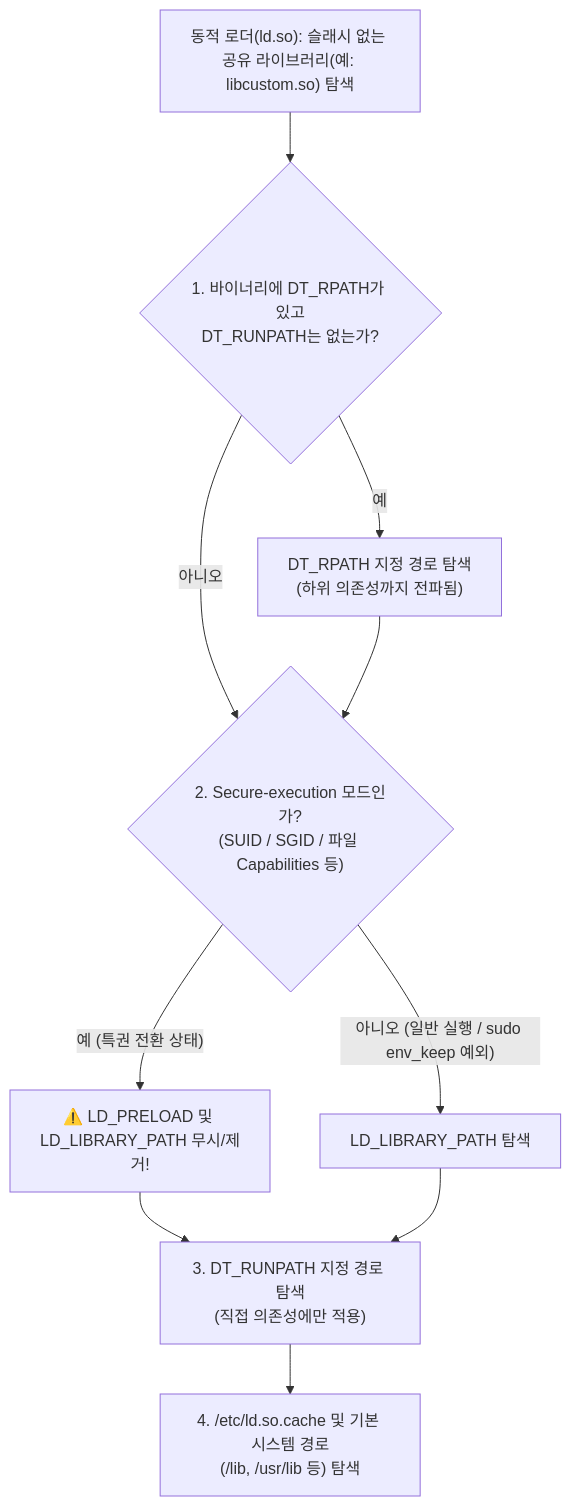
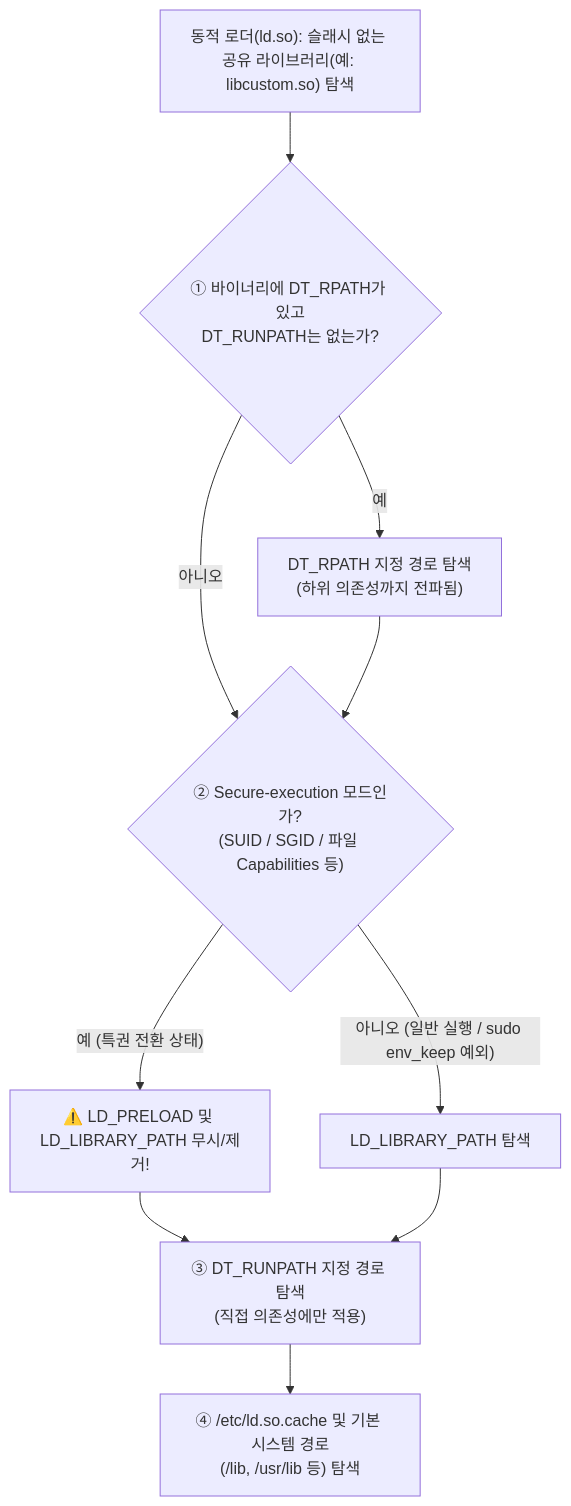
One commit to gooyong-sec/gooyong-sec.github.io changed the third of 3 diagrams in content/모의해킹 기초/Linux 권한상승을 위한 OS 내부구조 — SUID, Capabilities, PATH, cron와 systemd.md. Above: the diagram before and after it, drawn with Mermaid. The commit also changed other lines of this file and 28 other files, not shown here.

First line of the commit message:
fix: eliminate remaining mermaid markdown-list misparse across all diagrams

````diff
--- a/content/모의해킹 기초/Linux 권한상승을 위한 OS 내부구조 — SUID, Capabilities, PATH, cron와 systemd.md
+++ b/content/모의해킹 기초/Linux 권한상승을 위한 OS 내부구조 — SUID, Capabilities, PATH, cron와 systemd.md
@@ -131,12 +131,12 @@
 ```mermaid
 flowchart TD
-    Start["동적 로더(ld.so): 슬래시 없는 공유 라이브러리(예: libcustom.so) 탐색"] --> R1{"1. 바이너리에 DT_RPATH가 있고<br/>DT_RUNPATH는 없는가?"}
+    Start["동적 로더(ld.so): 슬래시 없는 공유 라이브러리(예: libcustom.so) 탐색"] --> R1{"① 바이너리에 DT_RPATH가 있고<br/>DT_RUNPATH는 없는가?"}
     R1 -- "예" --> CheckRPATH["DT_RPATH 지정 경로 탐색<br/>(하위 의존성까지 전파됨)"]
-    R1 -- "아니오" --> R2{"2. Secure-execution 모드인가?<br/>(SUID / SGID / 파일 Capabilities 등)"}
+    R1 -- "아니오" --> R2{"② Secure-execution 모드인가?<br/>(SUID / SGID / 파일 Capabilities 등)"}
     CheckRPATH --> R2
     R2 -- "예 (특권 전환 상태)" --> IgnoreLD["⚠️ LD_PRELOAD 및 LD_LIBRARY_PATH 무시/제거!"]
     R2 -- "아니오 (일반 실행 / sudo env_keep 예외)" --> UseLD["LD_LIBRARY_PATH 탐색"]
-    IgnoreLD --> R3["3. DT_RUNPATH 지정 경로 탐색<br/>(직접 의존성에만 적용)"]
+    IgnoreLD --> R3["③ DT_RUNPATH 지정 경로 탐색<br/>(직접 의존성에만 적용)"]
     UseLD --> R3
-    R3 --> R4["4. /etc/ld.so.cache 및 기본 시스템 경로<br/>(/lib, /usr/lib 등) 탐색"]
+    R3 --> R4["④ /etc/ld.so.cache 및 기본 시스템 경로<br/>(/lib, /usr/lib 등) 탐색"]
 ```
````
